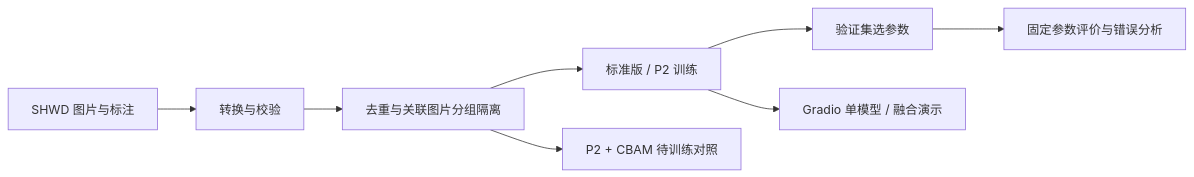
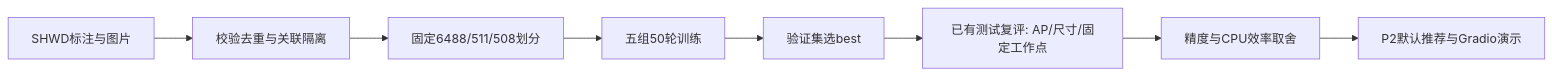
The diagram in README.md (CJ2323232/yolov8-learning), drawn with Mermaid before and after one commit. The commit also changed other lines of this file and 137 other files, not shown here.

````diff
--- a/README.md
+++ b/README.md
@@ -87,10 +105,10 @@
 ```mermaid
 flowchart LR
-    A[SHWD 图片与标注] --> B[转换与校验]
-    B --> C[去重与关联图片分组隔离]
-    C --> D[标准版 / P2 训练]
-    D --> E[验证集选参数]
-    E --> F[固定参数评价与错误分析]
-    D --> G[Gradio 单模型 / 融合演示]
-    C --> H[P2 + CBAM 待训练对照]
+    A[SHWD标注与图片] --> B[校验去重与关联隔离]
+    B --> C[固定6488/511/508划分]
+    C --> D[五组50轮训练]
+    D --> E[验证集选best]
+    E --> F[已有测试复评: AP/尺寸/固定工作点]
+    F --> G[精度与CPU效率取舍]
+    G --> H[P2默认推荐与Gradio演示]
 ```
````
